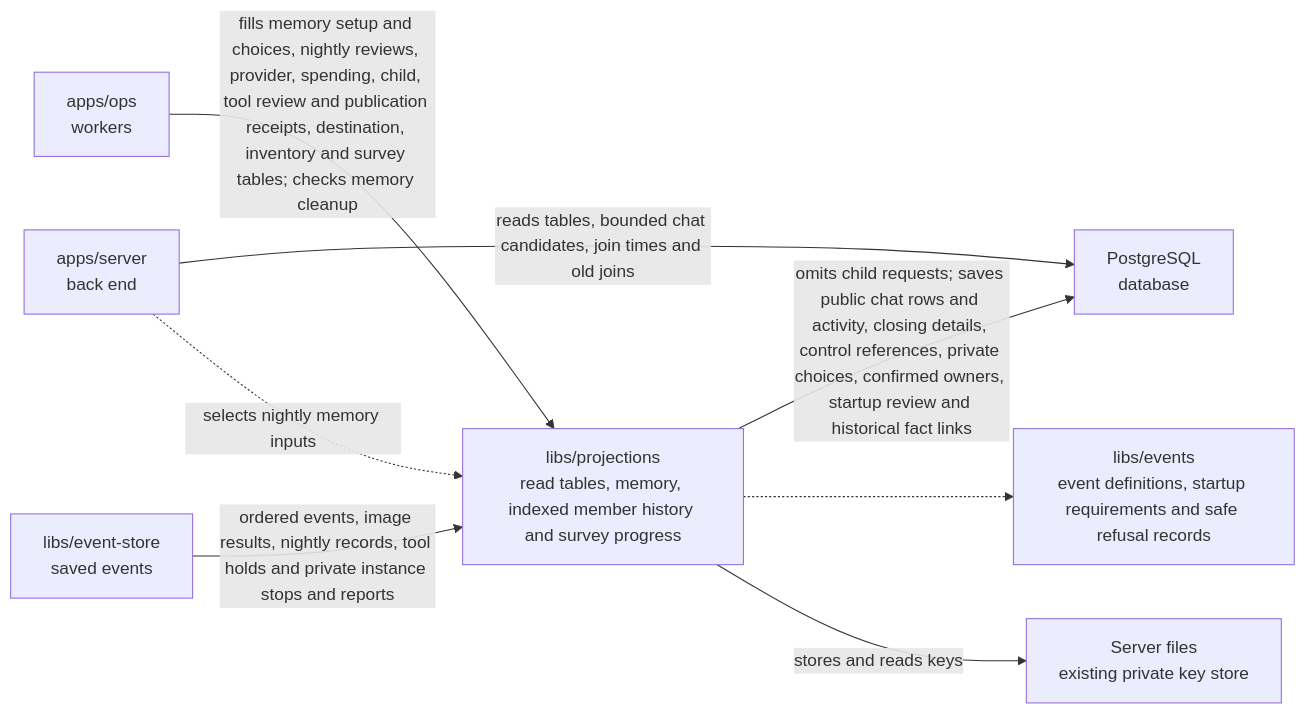
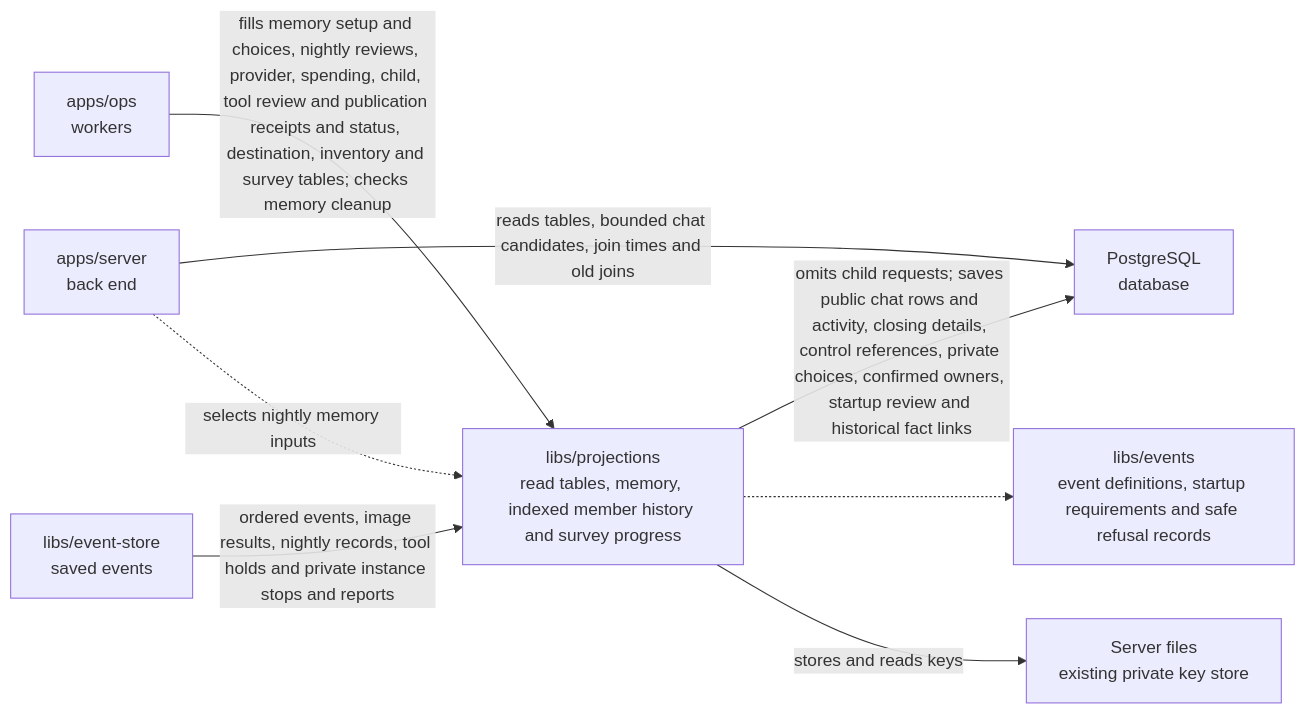
Before and after one commit to elewa-git/opencrane-new: the diagram in libs/projections/README.md, drawn with Mermaid. The commit also changed other lines of this file and 13 other files, not shown here.

Commit message:
📖 Read publication status from matching saved receipts

````diff
--- a/libs/projections/README.md
+++ b/libs/projections/README.md
@@ -23,10 +23,10 @@
 ```mermaid
 flowchart LR
-  ops["apps/ops<br/>workers"] -->|fills memory setup and choices, nightly reviews, provider, spending, child, tool review and publication receipts, destination, inventory and survey tables; checks memory cleanup| projections["libs/projections<br/>read tables, memory, indexed member history and survey progress"]
+  ops["apps/ops<br/>workers"] -->|fills memory setup and choices, nightly reviews, provider, spending, child, tool review and publication receipts and status, destination, inventory and survey tables; checks memory cleanup| projections["libs/projections<br/>read tables, memory, indexed member history and survey progress"]
   server["apps/server<br/>back end"] -->|reads tables, bounded chat candidates, join times and old joins| pg["PostgreSQL<br/>database"]
   projections -->|omits child requests; saves public chat rows and activity, closing details, control references, private choices, confirmed owners, startup review and historical fact links| pg
   store["libs/event-store<br/>saved events"] -->|ordered events, image results, nightly records, tool holds and private instance stops and reports| projections
   server -.->|selects nightly memory inputs| projections
   projections -.-> events["libs/events<br/>event definitions, startup requirements and safe refusal records"]
   projections -->|stores and reads keys| keys["Server files<br/>existing private key store"]
 ```
````
